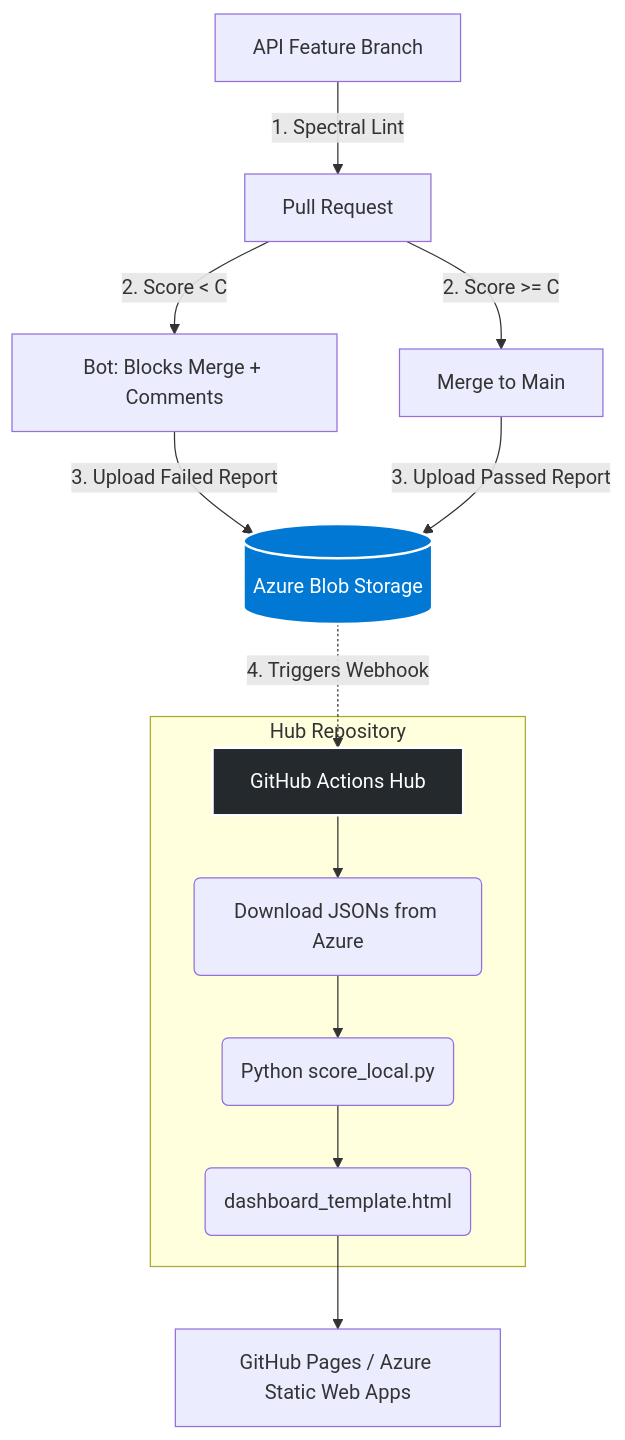
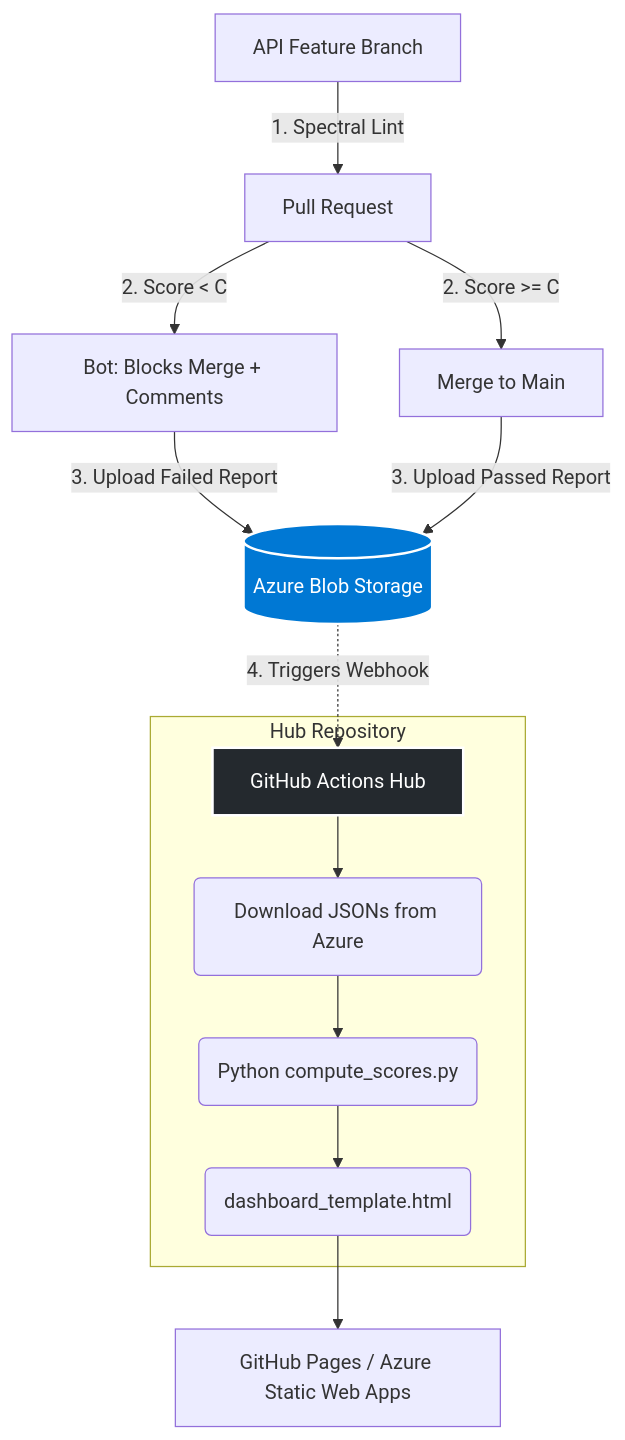
One commit to azammel-reply/central-hub-gouv-poc changed the diagram in README.md. Above: the diagram before and after it, drawn with Mermaid. The commit also changed other lines of this file and 4 other files, not shown here.

````diff
--- a/README.md
+++ b/README.md
@@ -141,22 +141,22 @@
 ```mermaid
 graph TD
     classDef azure fill:#0078D4,stroke:#fff,stroke-width:2px,color:#fff;
     classDef git fill:#24292e,stroke:#fff,stroke-width:2px,color:#fff;
     
     A[API Feature Branch] -->|1. Spectral Lint| PR[Pull Request]
     PR -->|2. Score < C | B[Bot: Blocks Merge + Comments]
     PR -->|2. Score >= C | C[Merge to Main]
     
     B -->|3. Upload Failed Report| D[(Azure Blob Storage)]:::azure
     C -->|3. Upload Passed Report| D
     
     D -.->|4. Triggers Webhook| E[GitHub Actions Hub]:::git
     
     subgraph central-hub-gouv-poc [Hub Repository]
     E --> F(Download JSONs from Azure)
-    F --> G(Python score_local.py)
+    F --> G(Python compute_scores.py)
     G --> H(dashboard_template.html)
     end
     
     H --> I[GitHub Pages / Azure Static Web Apps]
 ```
````
